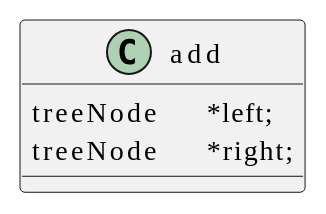
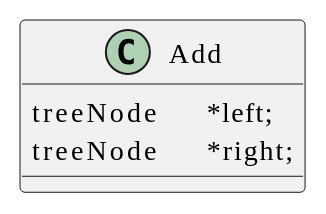
One commit to t-h2o/parsmath changed the sixth of 10 diagrams in assets/README.adoc. Above: the diagram before and after it, drawn with PlantUML. The commit also changed other lines of this file and 6 other files, not shown here.

```diff
--- a/assets/README.adoc
+++ b/assets/README.adoc
@@ -66,12 +66,12 @@
 [plantuml, target=class_add, format=svg, width=100%]
 ....
 @startuml
 skinparam defaultFontName JetBrains Mono
 
-class add {
+class Add {
   treeNode	*left;
   treeNode	*right;
 }
 
 @enduml
 ....
```
